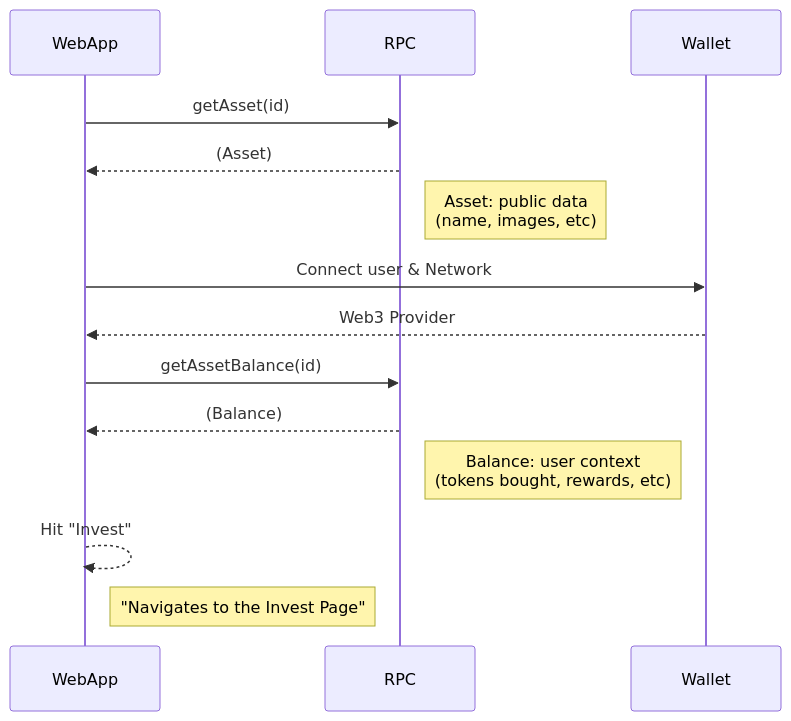
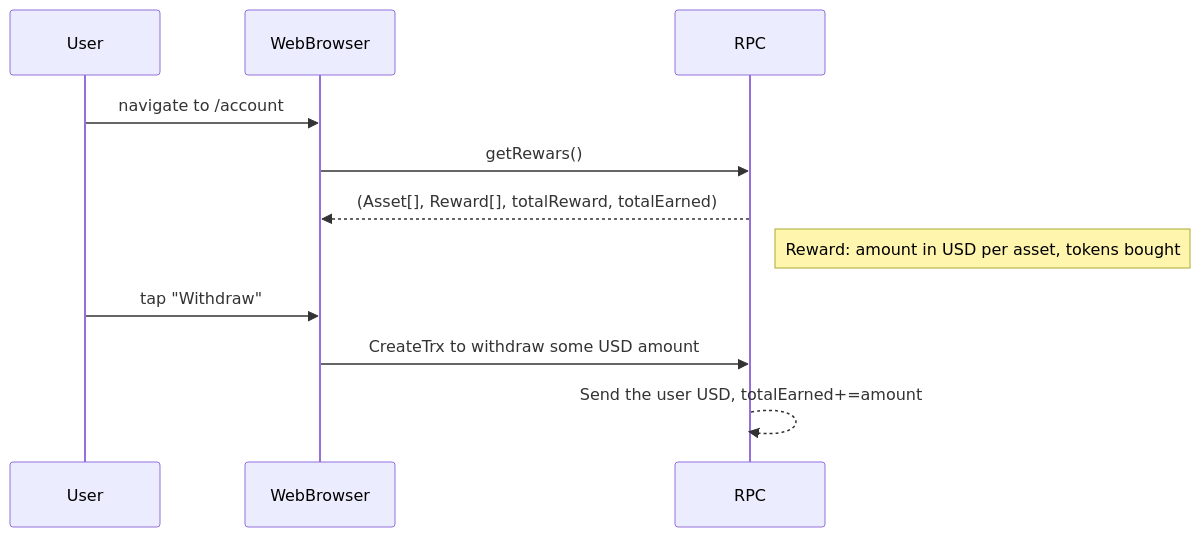
Before and after one commit to binaryx-protocol/binaryx_app: the diagram in arb/mermaid/MyAccountPage.md, drawn with Mermaid. The commit also changed other lines of this file and 1 other file, not shown here.

Commit message:
#fix_sd: fix file names

````diff
--- a/arb/mermaid/MyAccountPage.md
+++ b/arb/mermaid/MyAccountPage.md
@@ -3,18 +3,15 @@
 ```mermaid
 sequenceDiagram
-
-participant WebApp
-participant RPC
-participant Wallet
-WebApp->>RPC: getAsset(id)
-RPC-->>WebApp: (Asset)
-Note right of RPC: Asset: public data<br>(name, images, etc)
-WebApp->>Wallet: Connect user & Network
-Wallet-->>WebApp: Web3 Provider
-
-WebApp->>RPC: getAssetBalance(id)
-RPC-->>WebApp: (Balance)
-Note right of RPC: Balance: user context<br>(tokens bought, rewards, etc)
-WebApp-->>WebApp: Hit "Invest"
-Note right of WebApp: "Navigates to the Invest Page"
+  participant User
+  participant WebBrowser
+  participant RPC
+  User->>WebBrowser: navigate to /account
+  WebBrowser->>RPC: getRewars()
+  RPC-->>WebBrowser: (Asset[], Reward[], totalReward, totalEarned)
+  Note right of RPC: Reward: amount in USD per asset, tokens bought
+  
+  User->>WebBrowser: tap "Withdraw"
+  WebBrowser->>RPC: CreateTrx to withdraw some USD amount
+  RPC-->>RPC: Send the user USD, totalEarned+=amount
+  
 ```
````
